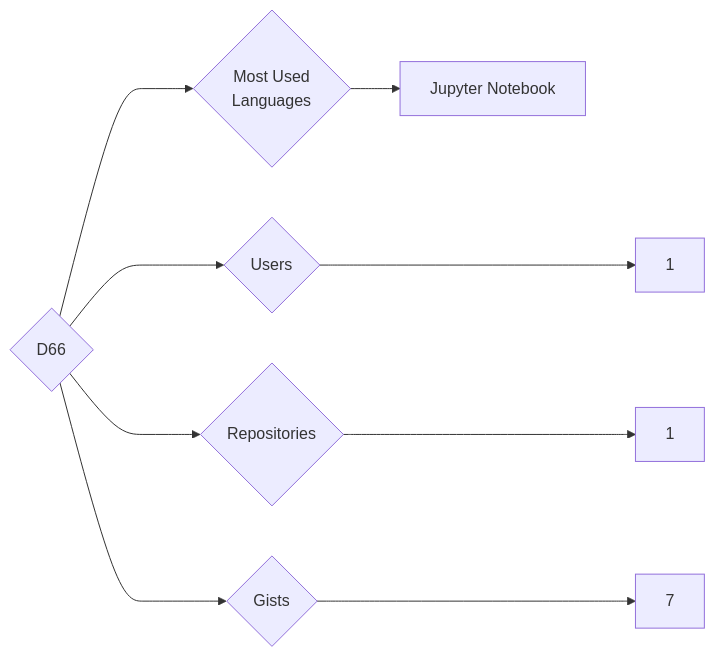
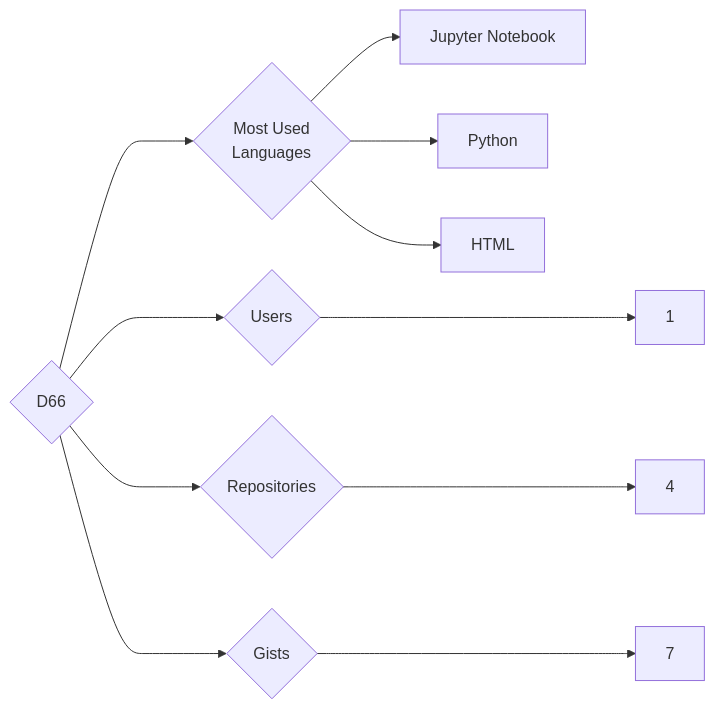
One commit to trickest/insiders changed the diagram in targets/D66/README.md. Above: the diagram before and after it, drawn with Mermaid. The commit also changed 1212 other files, not shown here.

````diff
--- a/targets/D66/README.md
+++ b/targets/D66/README.md
@@ -3,9 +3,11 @@
 ```mermaid
 graph LR
 COMPANY_NAME{D66}
 COMPANY_NAME ---> U{Users} ---> UN[1]
-COMPANY_NAME ---> R{Repositories} ---> RN[1]
+COMPANY_NAME ---> R{Repositories} ---> RN[4]
 COMPANY_NAME ---> G{Gists} ---> GN[7]
 COMPANY_NAME ---> ML{Most Used<br>Languages}
 ML --> Jupyter_Notebook[Jupyter Notebook]
+ML --> Python[Python]
+ML --> HTML[HTML]
 ```
````
